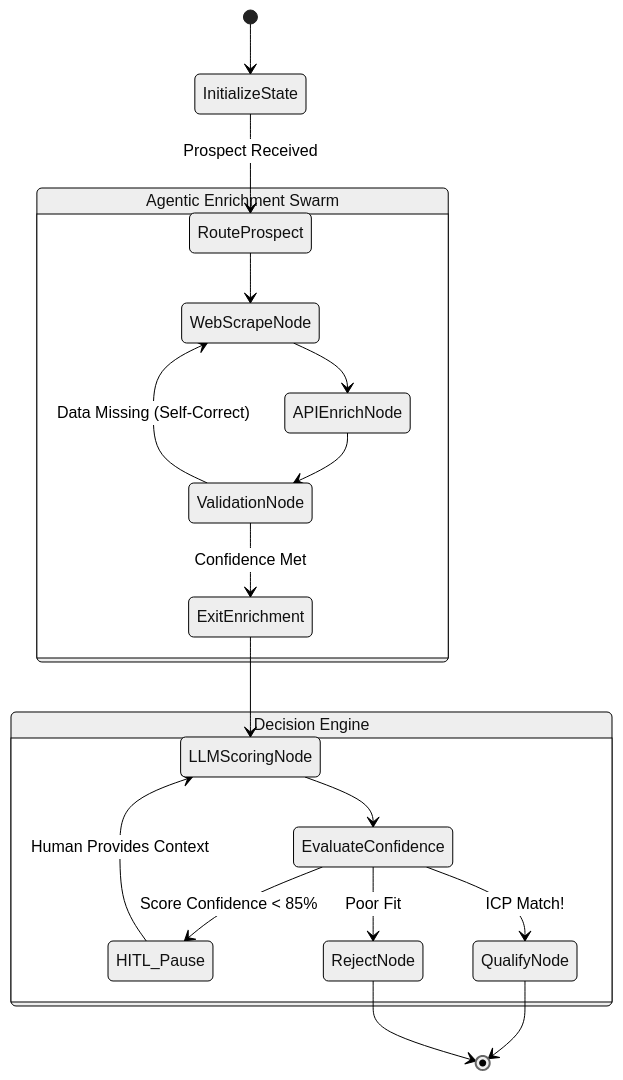
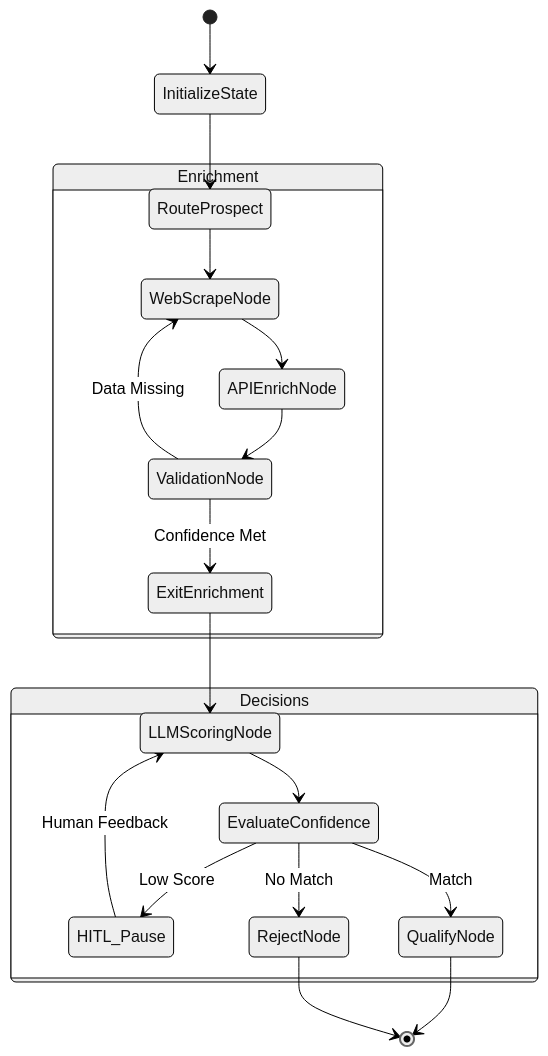
The diagram in backend/AGENTIC_FLOW.md (DeviPrasad7/Ideal-Customer-Profile-Agent), drawn with Mermaid (neutral theme) before and after one commit. The commit also changed other lines of this file and 7 other files, not shown here.

Commit message:
docs: add comprehensive project architecture documentation and development guidelines

````diff
--- a/backend/AGENTIC_FLOW.md
+++ b/backend/AGENTIC_FLOW.md
@@ -20,31 +16,28 @@
 ```mermaid
 stateDiagram-v2
     direction TB
     
     [*] --> InitializeState
-    InitializeState --> RouteProspect : Prospect Received
+    InitializeState --> RouteProspect
     
-    state "Agentic Enrichment Swarm" as Enrich {
+    state "Enrichment" as Enrich {
         RouteProspect --> WebScrapeNode
         WebScrapeNode --> APIEnrichNode
-        
         APIEnrichNode --> ValidationNode
-        ValidationNode --> WebScrapeNode : Data Missing (Self-Correct)
+        ValidationNode --> WebScrapeNode : Data Missing
         ValidationNode --> ExitEnrichment : Confidence Met
     }
     
     ExitEnrichment --> LLMScoringNode
     
-    state "Decision Engine" as Decisions {
+    state "Decisions" as Decisions {
         LLMScoringNode --> EvaluateConfidence
-        
-        EvaluateConfidence --> HITL_Pause : Score Confidence < 85%
-        HITL_Pause --> LLMScoringNode : Human Provides Context
-        
-        EvaluateConfidence --> QualifyNode : ICP Match!
-        EvaluateConfidence --> RejectNode : Poor Fit
+        EvaluateConfidence --> HITL_Pause : Low Score
+        HITL_Pause --> LLMScoringNode : Human Feedback
+        EvaluateConfidence --> QualifyNode : Match
+        EvaluateConfidence --> RejectNode : No Match
     }
     
     QualifyNode --> [*]
     RejectNode --> [*]
 ```
````
